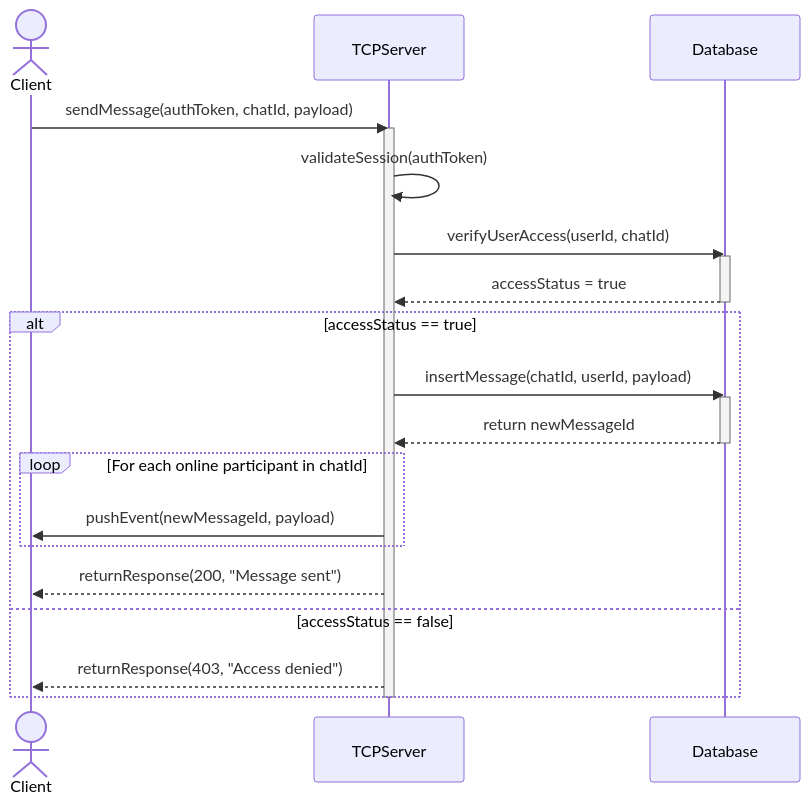
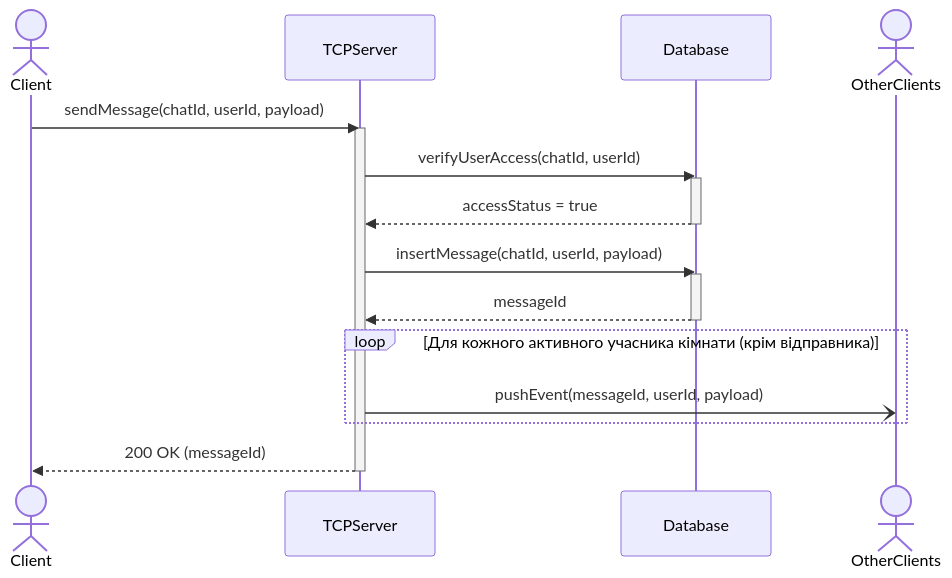
Before and after one commit to dan-gryy/ai_adr: the first of 3 diagrams in diagram.md, drawn with Mermaid. The commit also changed other lines of this file and 2 other files, not shown here.

Commit message:
fix(seq): split into 3 diagrams with break/OtherClients, MADR and prompt audit

````diff
--- a/diagram.md
+++ b/diagram.md
@@ -33,32 +5,27 @@
 ```mermaid
 sequenceDiagram
     actor Client
     participant TCPServer
     participant Database
+    actor OtherClients
 
-    Client->>TCPServer: sendMessage(authToken, chatId, payload)
+    Client ->> TCPServer: sendMessage(chatId, userId, payload)
     activate TCPServer
-    
-    TCPServer->>TCPServer: validateSession(authToken)
-    TCPServer->>Database: verifyUserAccess(userId, chatId)
+
+    TCPServer ->> Database: verifyUserAccess(chatId, userId)
     activate Database
-    Database-->>TCPServer: accessStatus = true
+    Database -->> TCPServer: accessStatus = true
     deactivate Database
 
-    alt accessStatus == true
-        TCPServer->>Database: insertMessage(chatId, userId, payload)
-        activate Database
-        Database-->>TCPServer: return newMessageId
-        deactivate Database
-        
-        loop For each online participant in chatId
-            TCPServer->>Client: pushEvent(newMessageId, payload)
-        end
-        
-        TCPServer-->>Client: returnResponse(200, "Message sent")
-    else accessStatus == false
-        TCPServer-->>Client: returnResponse(403, "Access denied")
+    TCPServer ->> Database: insertMessage(chatId, userId, payload)
+    activate Database
+    Database -->> TCPServer: messageId
+    deactivate Database
+
+    loop Для кожного активного учасника кімнати (крім відправника)
+        TCPServer -) OtherClients: pushEvent(messageId, userId, payload)
     end
-    
+
+    TCPServer -->> Client: 200 OK (messageId)
     deactivate TCPServer
 ```
````
